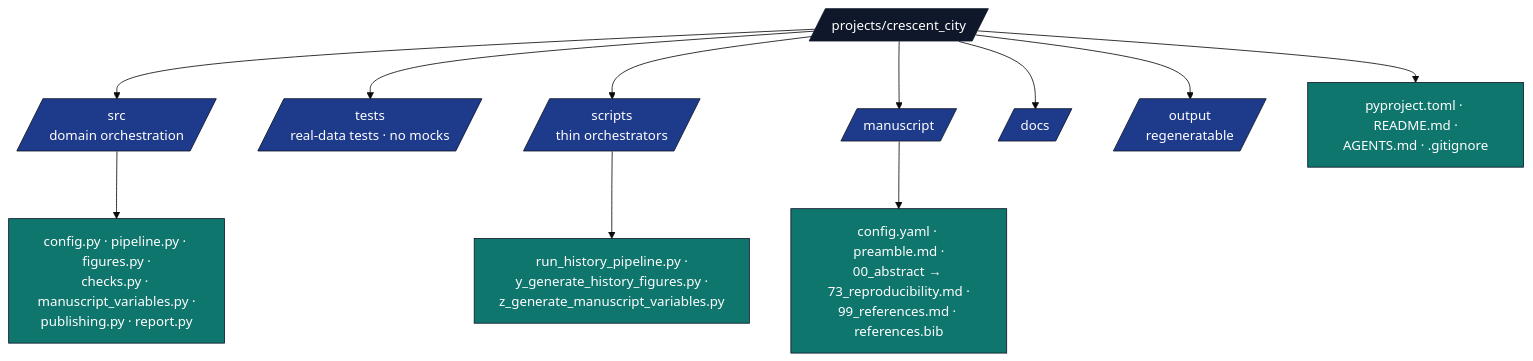
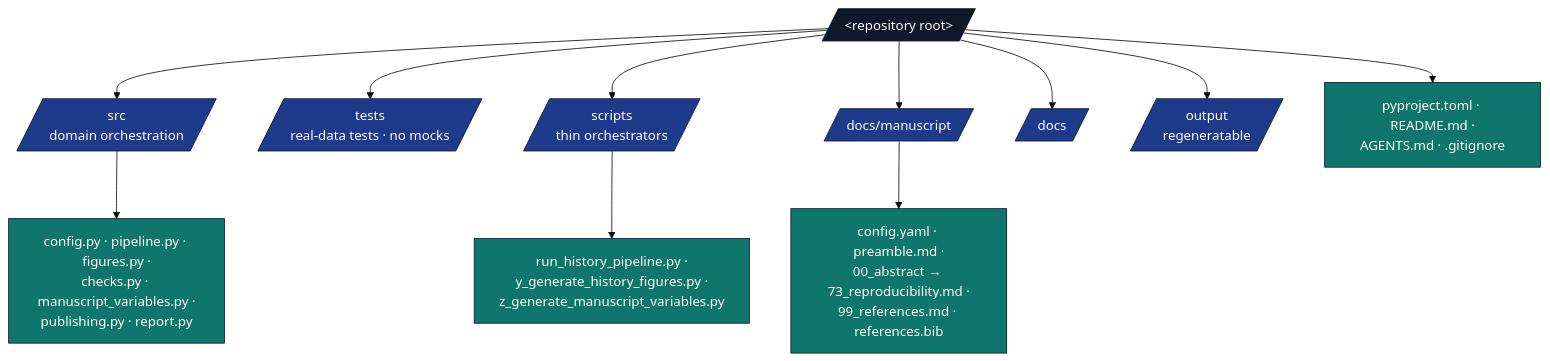
Before and after one commit to docxology/crescent_city: the diagram in AGENTS.md, drawn with Mermaid (base theme). The commit also changed other lines of this file and 35 other files, not shown here.

````diff
--- a/AGENTS.md
+++ b/AGENTS.md
@@ -25,22 +25,22 @@
 ```mermaid
 flowchart TB
-    P[/projects/crescent_city/]
+    P[/&lt;repository root&gt;/]
     P --> SRC[/src<br/>domain orchestration/]
     P --> T[/tests<br/>real-data tests · no mocks/]
     P --> SC[/scripts<br/>thin orchestrators/]
-    P --> M[/manuscript/]
+    P --> M[/docs/manuscript/]
     P --> DOCS[/docs/]
     P --> OUT[/output<br/>regeneratable/]
     P --> META[pyproject.toml · README.md ·<br/>AGENTS.md · .gitignore]
 
     SRC --> SRC_F[config.py · pipeline.py · figures.py ·<br/>checks.py · manuscript_variables.py ·<br/>publishing.py · report.py]
     SC --> SC_F[run_history_pipeline.py ·<br/>y_generate_history_figures.py ·<br/>z_generate_manuscript_variables.py]
     M --> M_F[config.yaml · preamble.md ·<br/>00_abstract → 73_reproducibility.md ·<br/>99_references.md · references.bib]
 
     classDef d fill:#0f172a,stroke:#0f172a,color:#fff
     classDef pkg fill:#1e3a8a,stroke:#0f172a,color:#fff
     classDef f fill:#0f766e,stroke:#0f172a,color:#fff
     class P d
     class SRC,T,SC,M,DOCS,OUT pkg
     class SRC_F,SC_F,M_F,META f
 ```
````
